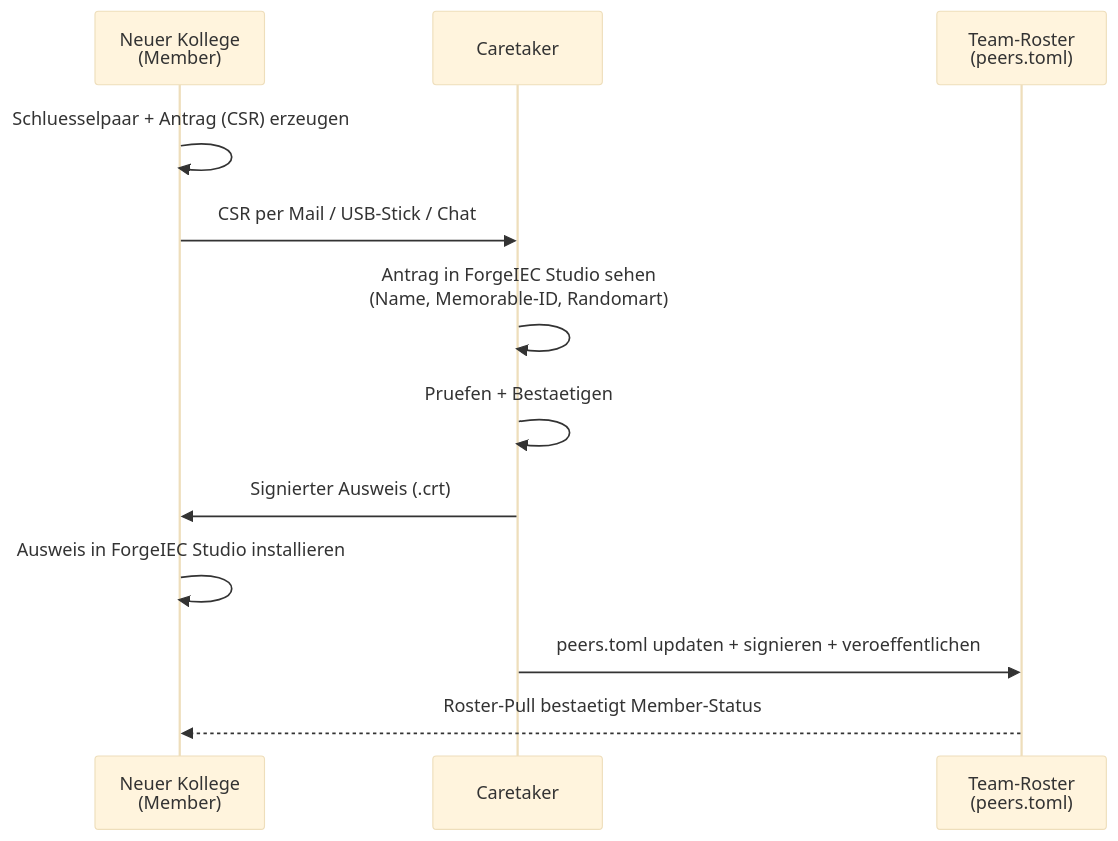
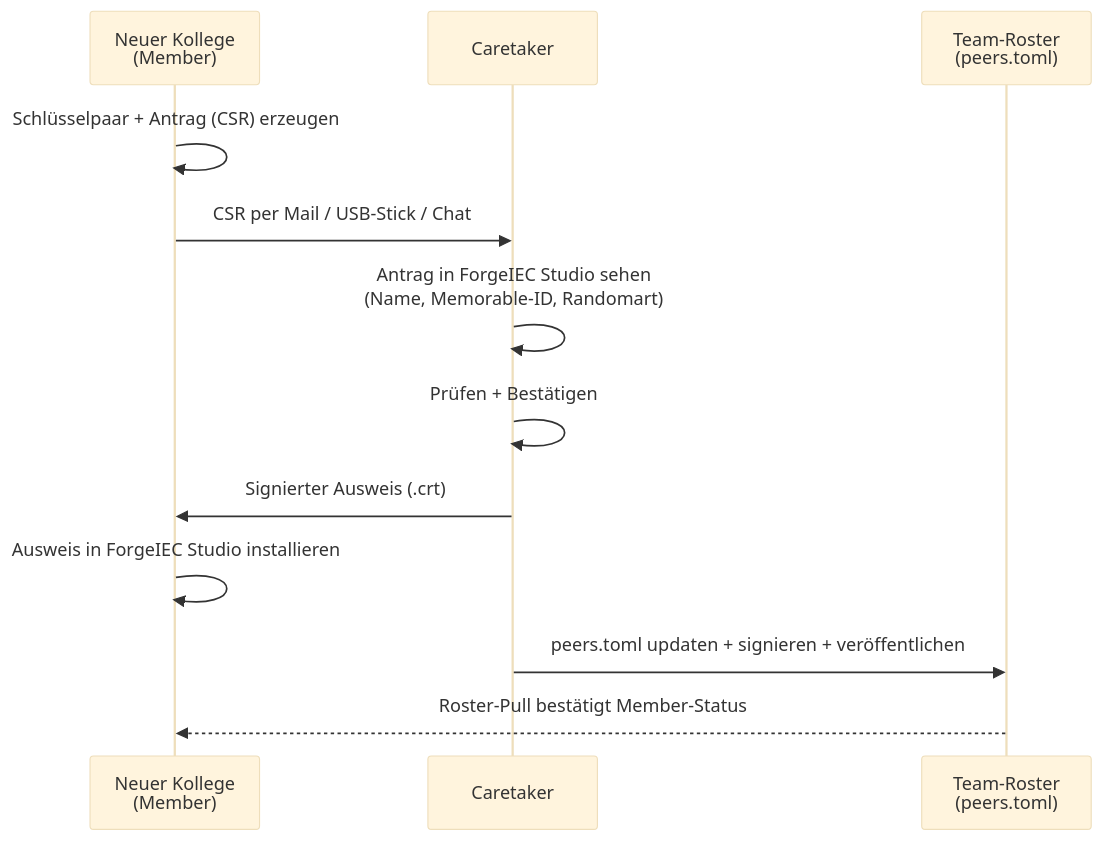
One commit to Beerlesklopfer/forgeiec-website changed the diagram in content/de/help/ai/team/index.md. Above: the diagram before and after it, drawn with Mermaid (base theme). The commit also changed other lines of this file and 57 other files, not shown here.

````diff
--- a/content/de/help/ai/team/index.md
+++ b/content/de/help/ai/team/index.md
@@ -98,15 +98,15 @@
 ```mermaid
 sequenceDiagram
     participant Neu as Neuer Kollege<br/>(Member)
     participant Care as Caretaker
     participant Team as Team-Roster<br/>(peers.toml)
 
-    Neu->>Neu: Schluesselpaar + Antrag (CSR) erzeugen
+    Neu->>Neu: Schlüsselpaar + Antrag (CSR) erzeugen
     Neu->>Care: CSR per Mail / USB-Stick / Chat
     Care->>Care: Antrag in ForgeIEC Studio sehen<br/>(Name, Memorable-ID, Randomart)
-    Care->>Care: Pruefen + Bestaetigen
+    Care->>Care: Prüfen + Bestätigen
     Care->>Neu: Signierter Ausweis (.crt)
     Neu->>Neu: Ausweis in ForgeIEC Studio installieren
-    Care->>Team: peers.toml updaten + signieren + veroeffentlichen
-    Team-->>Neu: Roster-Pull bestaetigt Member-Status
+    Care->>Team: peers.toml updaten + signieren + veröffentlichen
+    Team-->>Neu: Roster-Pull bestätigt Member-Status
 ```
````
